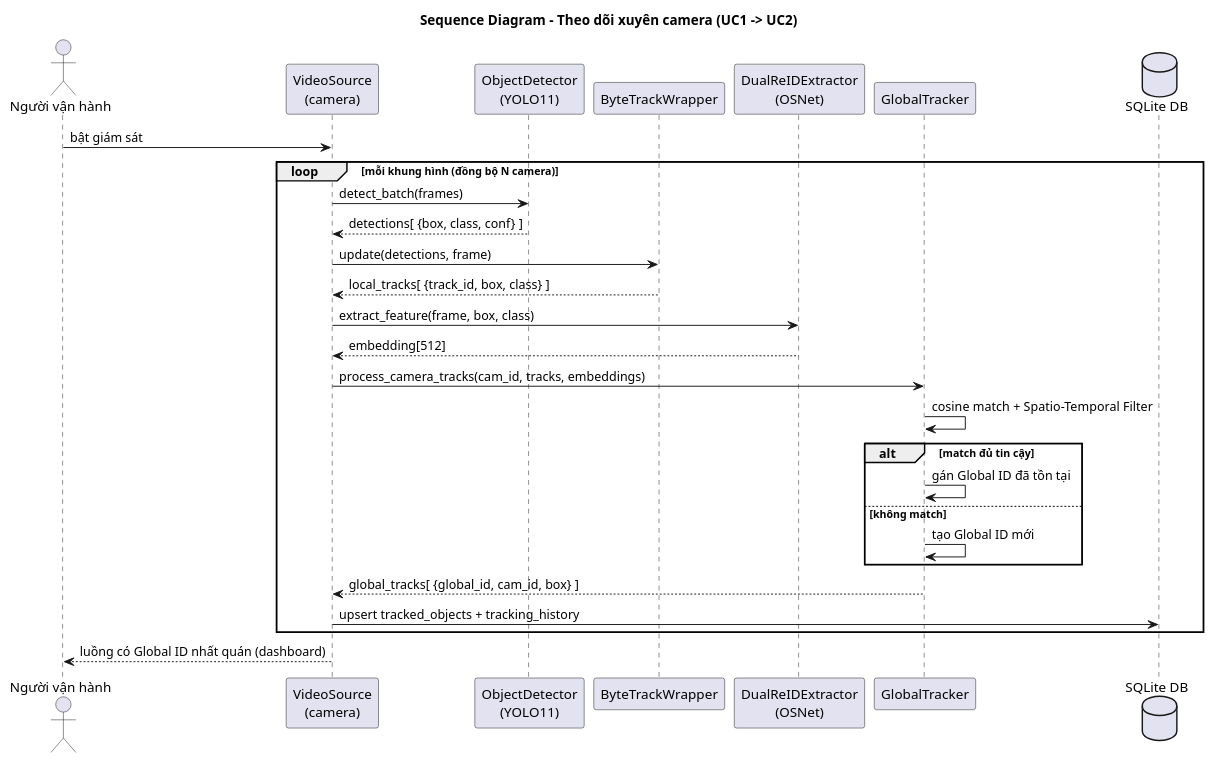
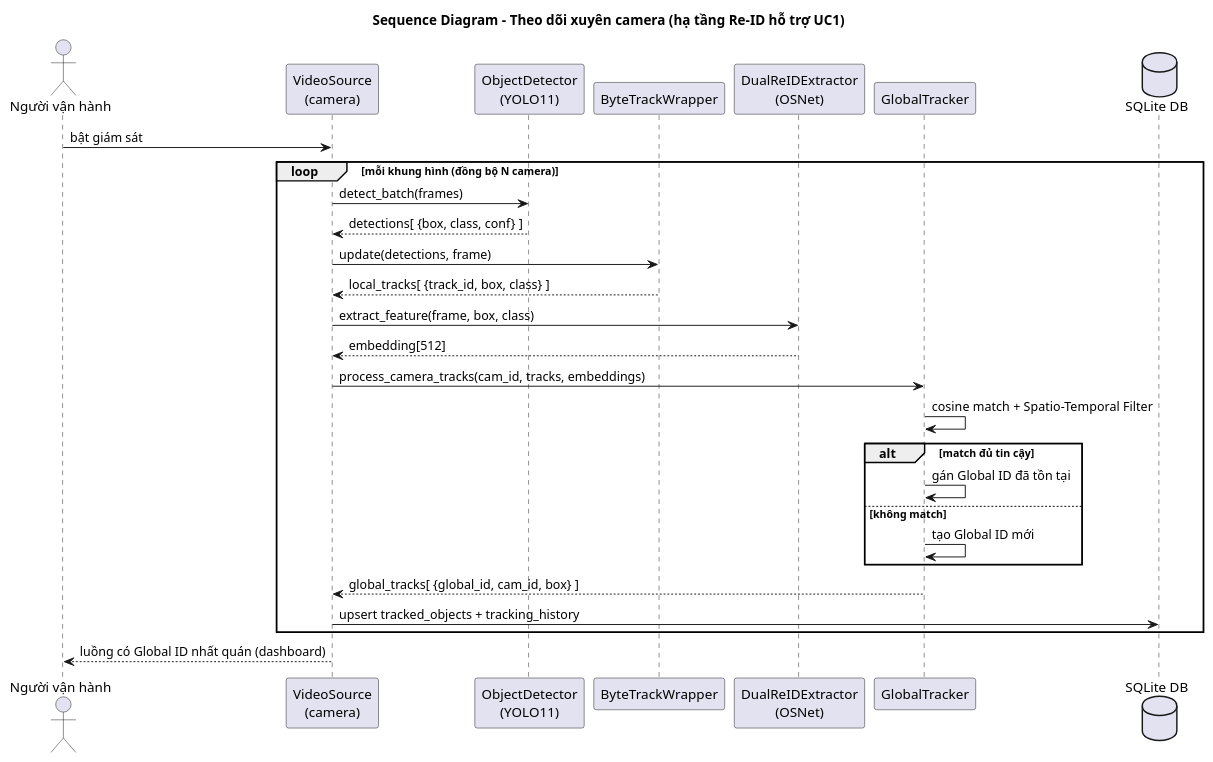
One commit to KumaMichio/finalproject changed the diagram in component_for_final/uml/08_sequence_tracking_xuyen_camera.puml. Above: the diagram before and after it, drawn with PlantUML. The commit also changed 52 other files, not shown here.

Commit message:
update docs and graphs

```diff
--- a/component_for_final/uml/08_sequence_tracking_xuyen_camera.puml
+++ b/component_for_final/uml/08_sequence_tracking_xuyen_camera.puml
@@ -1,33 +1,33 @@
 @startuml sequence_tracking_xuyen_camera
 ' Sequence diagram - Tracking xuyên camera
 skinparam shadowing false
-title Sequence Diagram - Theo dõi xuyên camera (UC1 -> UC2)
+title Sequence Diagram - Theo dõi xuyên camera (hạ tầng Re-ID hỗ trợ UC1)
 
 actor "Người vận hành" as Op
 participant "VideoSource\n(camera)" as VS
 participant "ObjectDetector\n(YOLO11)" as Det
 participant "ByteTrackWrapper" as BT
 participant "DualReIDExtractor\n(OSNet)" as ReID
 participant "GlobalTracker" as GT
 database "SQLite DB" as DB
 
 Op -> VS : bật giám sát
 loop mỗi khung hình (đồng bộ N camera)
   VS -> Det : detect_batch(frames)
   Det --> VS : detections[ {box, class, conf} ]
   VS -> BT : update(detections, frame)
   BT --> VS : local_tracks[ {track_id, box, class} ]
   VS -> ReID : extract_feature(frame, box, class)
   ReID --> VS : embedding[512]
   VS -> GT : process_camera_tracks(cam_id, tracks, embeddings)
   GT -> GT : cosine match + Spatio-Temporal Filter
   alt match đủ tin cậy
     GT -> GT : gán Global ID đã tồn tại
   else không match
     GT -> GT : tạo Global ID mới
   end
   GT --> VS : global_tracks[ {global_id, cam_id, box} ]
   VS -> DB : upsert tracked_objects + tracking_history
 end
 VS --> Op : luồng có Global ID nhất quán (dashboard)
 @enduml
```
